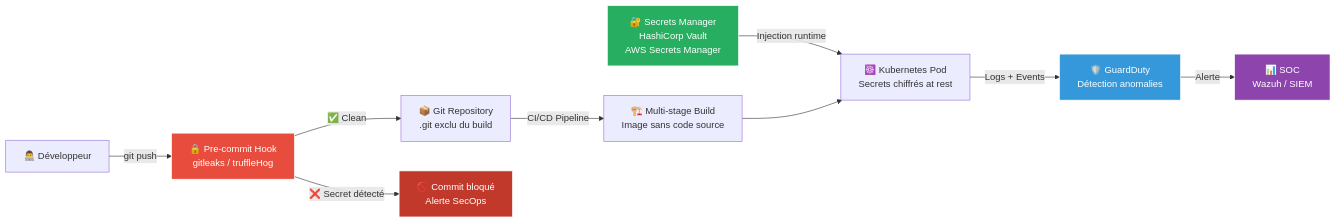
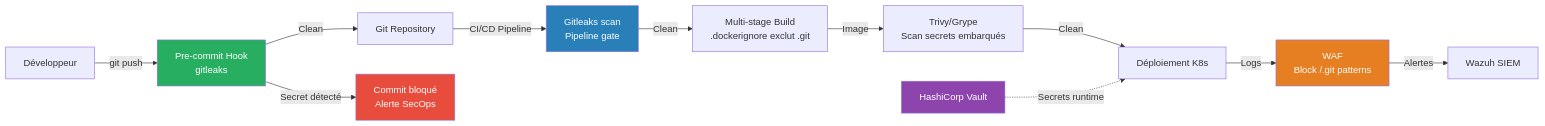
One commit to hikenroot/hikenroot-forge changed the fourth of 4 diagrams in docs/labs/cloud-lab/SC-CLD-001-sensitive-keys-in-codebases.md. Above: the diagram before and after it, drawn with Mermaid. The commit also changed other lines of this file and 1 other file, not shown here.

````diff
--- a/docs/labs/cloud-lab/SC-CLD-001-sensitive-keys-in-codebases.md
+++ b/docs/labs/cloud-lab/SC-CLD-001-sensitive-keys-in-codebases.md
@@ -228,17 +528,19 @@
 ```mermaid
 graph LR
-    DEV["👨‍💻 Développeur"] -->|"git push"| HOOK["🔒 Pre-commit Hook<br/>gitleaks / truffleHog"]
-    HOOK -->|"✅ Clean"| REPO["📦 Git Repository<br/>.git exclu du build"]
-    HOOK -->|"❌ Secret détecté"| BLOCK["🚫 Commit bloqué<br/>Alerte SecOps"]
-    REPO -->|"CI/CD Pipeline"| BUILD["🏗️ Multi-stage Build<br/>Image sans code source"]
-    VAULT["🔐 Secrets Manager<br/>HashiCorp Vault<br/>AWS Secrets Manager"] -->|"Injection runtime"| POD["☸️ Kubernetes Pod<br/>Secrets chiffrés at rest"]
-    BUILD --> POD
-    POD -->|"Logs + Events"| GUARD["🛡️ GuardDuty<br/>Détection anomalies"]
-    GUARD -->|"Alerte"| SOC["📊 SOC<br/>Wazuh / SIEM"]
+    DEV["Développeur"] -->|"git push"| HOOK["Pre-commit Hook<br/>gitleaks"]
+    HOOK -->|"Clean"| REPO["Git Repository"]
+    HOOK -->|"Secret détecté"| BLOCK["Commit bloqué<br/>Alerte SecOps"]
+    REPO -->|"CI/CD Pipeline"| GITLEAKS["Gitleaks scan<br/>Pipeline gate"]
+    GITLEAKS -->|"Clean"| BUILD["Multi-stage Build<br/>.dockerignore exclut .git"]
+    BUILD -->|"Image"| TRIVY["Trivy/Grype<br/>Scan secrets embarqués"]
+    TRIVY -->|"Clean"| DEPLOY["Déploiement K8s"]
+    VAULT["HashiCorp Vault"] -.->|"Secrets runtime"| DEPLOY
+    DEPLOY -->|"Logs"| WAF["WAF<br/>Block /.git patterns"]
+    WAF -->|"Alertes"| SOC["Wazuh SIEM"]
 
-    style HOOK fill:#e74c3c,stroke:#fff,color:#fff
-    style BLOCK fill:#c0392b,stroke:#fff,color:#fff
-    style VAULT fill:#27ae60,stroke:#fff,color:#fff
-    style GUARD fill:#3498db,stroke:#fff,color:#fff
-    style SOC fill:#8e44ad,stroke:#fff,color:#fff
+    style HOOK fill:#27ae60,color:#fff
+    style BLOCK fill:#e74c3c,color:#fff
+    style GITLEAKS fill:#2980b9,color:#fff
+    style VAULT fill:#8e44ad,color:#fff
+    style WAF fill:#e67e22,color:#fff
 ```
````
